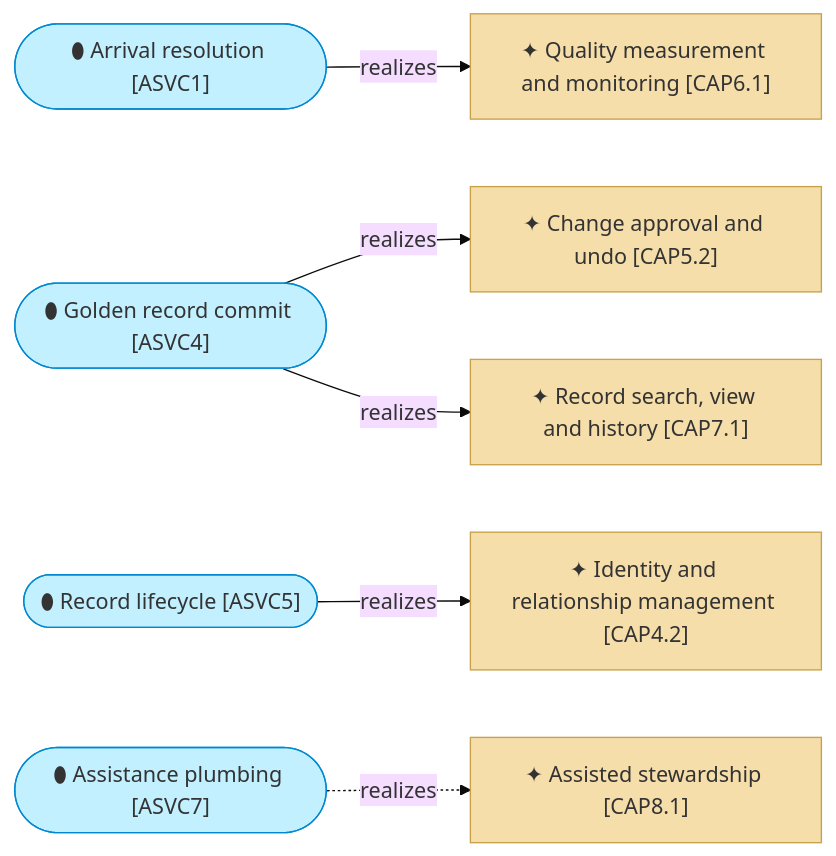
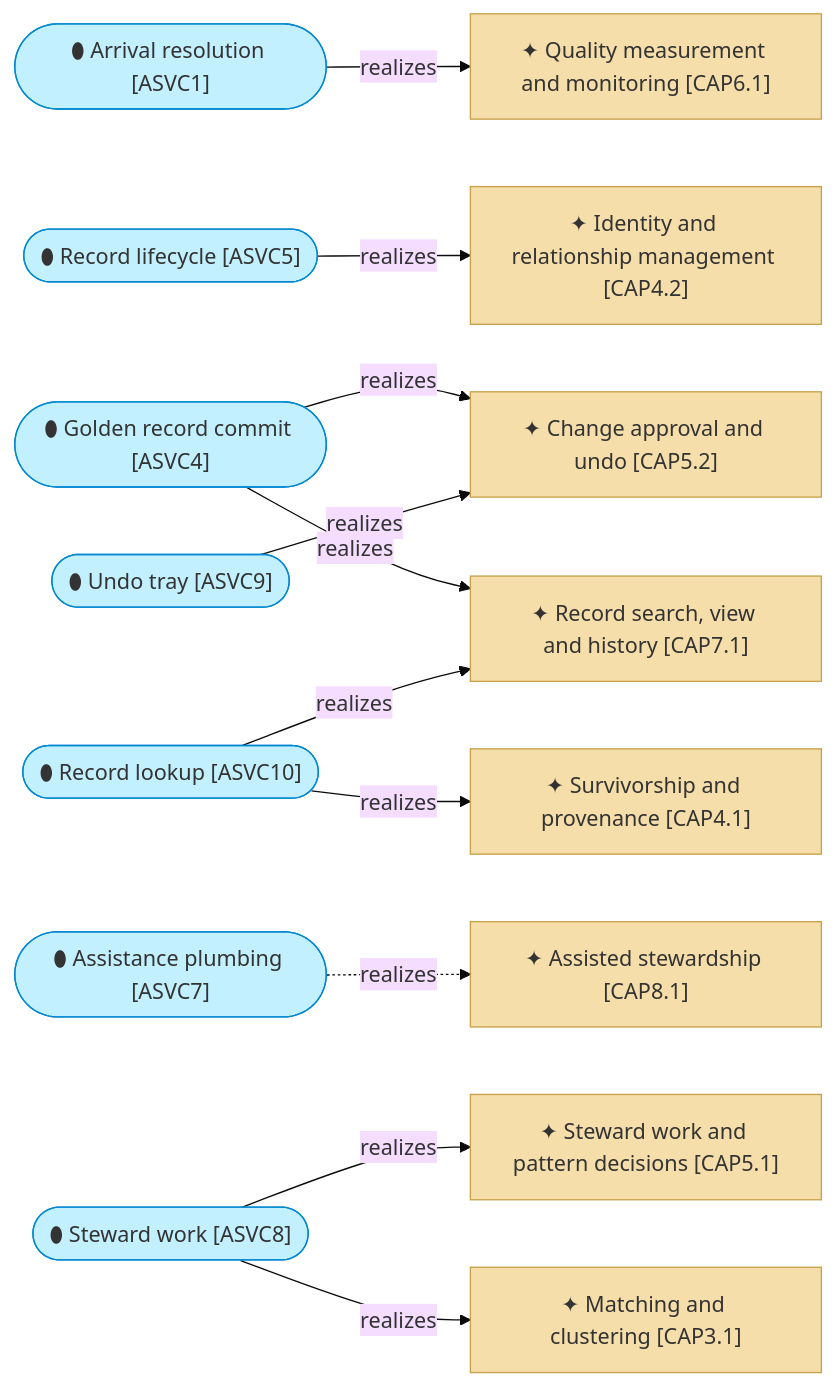
One commit to roanboc/dbx-master-data-manager changed the second of 2 diagrams in architecture/4_application/1_application-services.md. Above: the diagram before and after it, drawn with Mermaid (base theme). The commit also changed other lines of this file and 43 other files, not shown here.

````diff
--- a/architecture/4_application/1_application-services.md
+++ b/architecture/4_application/1_application-services.md
@@ -61,22 +77,33 @@
 ```mermaid
 flowchart LR
   asvc1(["⬮ Arrival resolution [ASVC1]"]):::appservice
   asvc4(["⬮ Golden record commit [ASVC4]"]):::appservice
   asvc5(["⬮ Record lifecycle [ASVC5]"]):::appservice
   asvc7(["⬮ Assistance plumbing [ASVC7]"]):::appservice
+  asvc8(["⬮ Steward work [ASVC8]"]):::appservice
+  asvc9(["⬮ Undo tray [ASVC9]"]):::appservice
+  asvc10(["⬮ Record lookup [ASVC10]"]):::appservice
 
+  cap3_1["✦ Matching and clustering [CAP3.1]"]:::capability
+  cap4_1["✦ Survivorship and provenance [CAP4.1]"]:::capability
   cap4_2["✦ Identity and relationship management [CAP4.2]"]:::capability
+  cap5_1["✦ Steward work and pattern decisions [CAP5.1]"]:::capability
   cap5_2["✦ Change approval and undo [CAP5.2]"]:::capability
   cap6_1["✦ Quality measurement and monitoring [CAP6.1]"]:::capability
   cap7_1["✦ Record search, view and history [CAP7.1]"]:::capability
   cap8_1["✦ Assisted stewardship [CAP8.1]"]:::capability
 
   asvc1 -->|realizes| cap6_1
   asvc4 -->|realizes| cap5_2
   asvc4 -->|realizes| cap7_1
   asvc5 -->|realizes| cap4_2
   asvc7 -.->|realizes| cap8_1
+  asvc8 -->|realizes| cap3_1
+  asvc8 -->|realizes| cap5_1
+  asvc9 -->|realizes| cap5_2
+  asvc10 -->|realizes| cap4_1
+  asvc10 -->|realizes| cap7_1
 
   classDef appservice fill:#c2f0ff,stroke:#0288d1,color:#333
   classDef capability fill:#f5deaa,stroke:#c8a24a,color:#333
 ```
````
